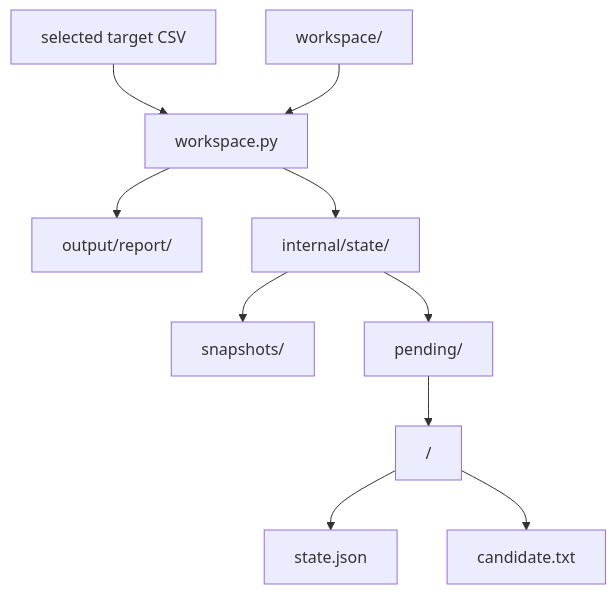
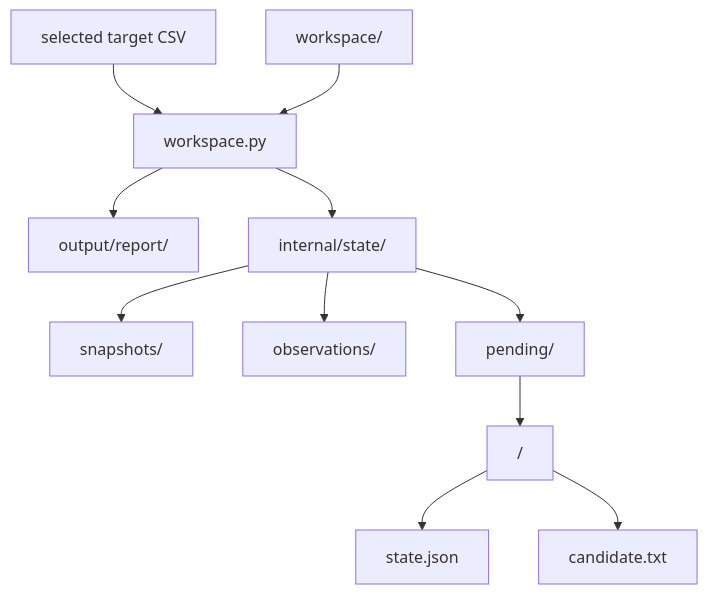
The second of 2 diagrams in skills/web-update-monitor/SKILL.md (dceoy/wsum), drawn with Mermaid before and after one commit. The commit also changed other lines of this file and 7 other files, not shown here.

````diff
--- a/skills/web-update-monitor/SKILL.md
+++ b/skills/web-update-monitor/SKILL.md
@@ -45,12 +45,13 @@
 ```mermaid
 flowchart TB
     T["selected target CSV"] --> C["workspace.py"]
     W["workspace/"] --> C
     C --> R["output/report/"]
     C --> S["internal/state/"]
     S --> SS["snapshots/"]
+    S --> OB["observations/"]
     S --> P["pending/"]
     P --> PT["<target-id>/"]
     PT --> PS["state.json"]
     PT --> PC["candidate.txt"]
 ```
````
